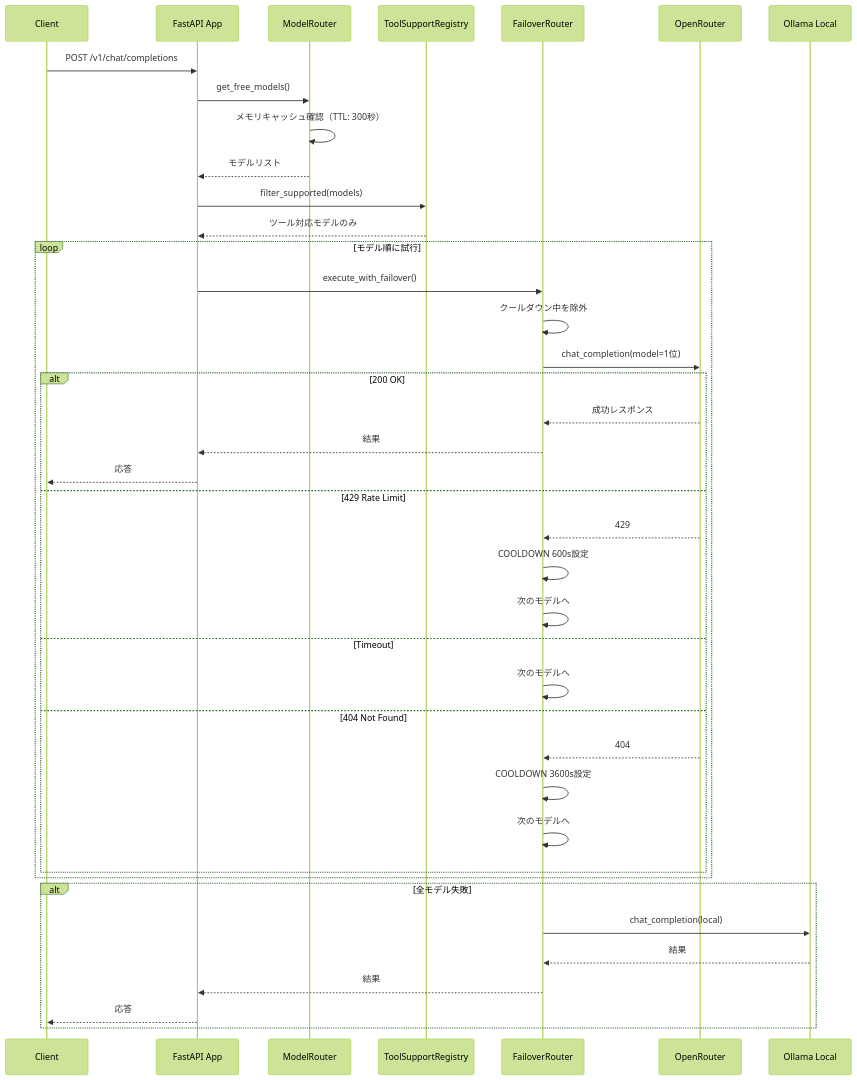
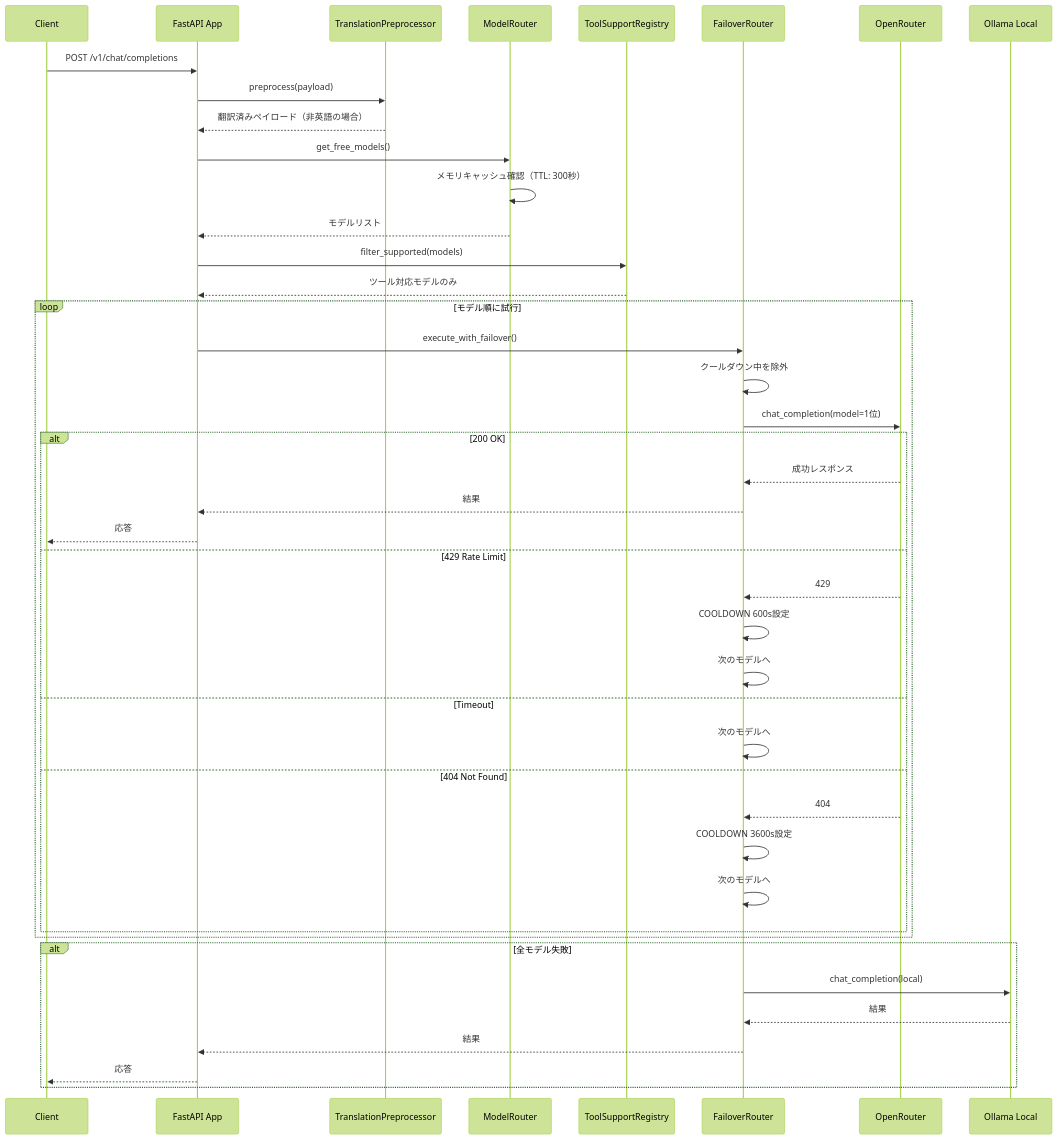
The third of 5 diagrams in docs/how-it-works_jp.md (tokkkie/free-model-router), drawn with Mermaid (forest theme) before and after one commit. The commit also changed other lines of this file and 11 other files, not shown here.

````diff
--- a/docs/how-it-works_jp.md
+++ b/docs/how-it-works_jp.md
@@ -55,48 +84,52 @@
 ```mermaid
 sequenceDiagram
     participant Client as Client
     participant App as FastAPI App
+    participant PP as TranslationPreprocessor
     participant MR as ModelRouter
     participant TSR as ToolSupportRegistry
     participant FR as FailoverRouter
     participant OR as OpenRouter
     participant Ollama as Ollama Local
 
     Client->>App: POST /v1/chat/completions
+
+    App->>PP: preprocess(payload)
+    PP-->>App: 翻訳済みペイロード（非英語の場合）
 
     App->>MR: get_free_models()
     MR->>MR: メモリキャッシュ確認（TTL: 300秒）
     MR-->>App: モデルリスト
 
     App->>TSR: filter_supported(models)
     TSR-->>App: ツール対応モデルのみ
 
     loop モデル順に試行
         App->>FR: execute_with_failover()
         FR->>FR: クールダウン中を除外
 
         FR->>OR: chat_completion(model=1位)
         alt 200 OK
             OR-->>FR: 成功レスポンス
             FR-->>App: 結果
             App-->>Client: 応答
         else 429 Rate Limit
             OR-->>FR: 429
             FR->>FR: COOLDOWN 600s設定
             FR->>FR: 次のモデルへ
         else Timeout
             FR->>FR: 次のモデルへ
         else 404 Not Found
             OR-->>FR: 404
             FR->>FR: COOLDOWN 3600s設定
             FR->>FR: 次のモデルへ
         end
     end
 
     alt 全モデル失敗
         FR->>Ollama: chat_completion(local)
         Ollama-->>FR: 結果
         FR-->>App: 結果
         App-->>Client: 応答
     end
 ```
````
